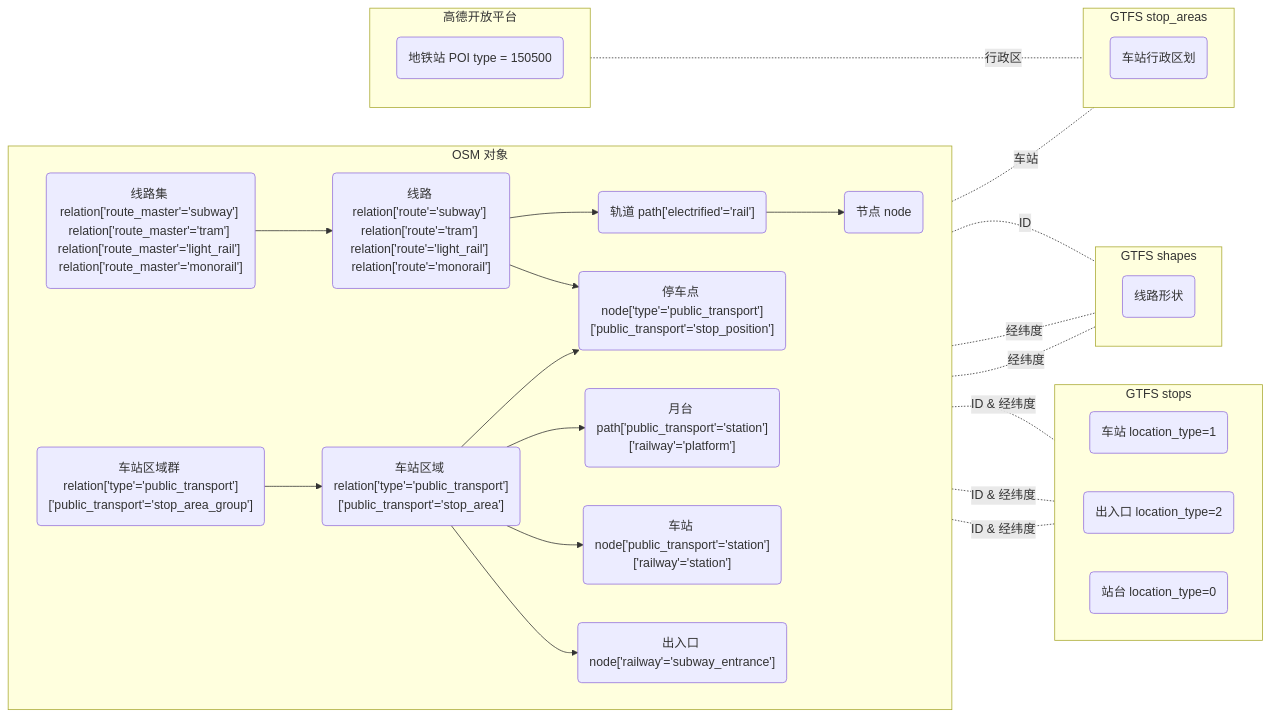
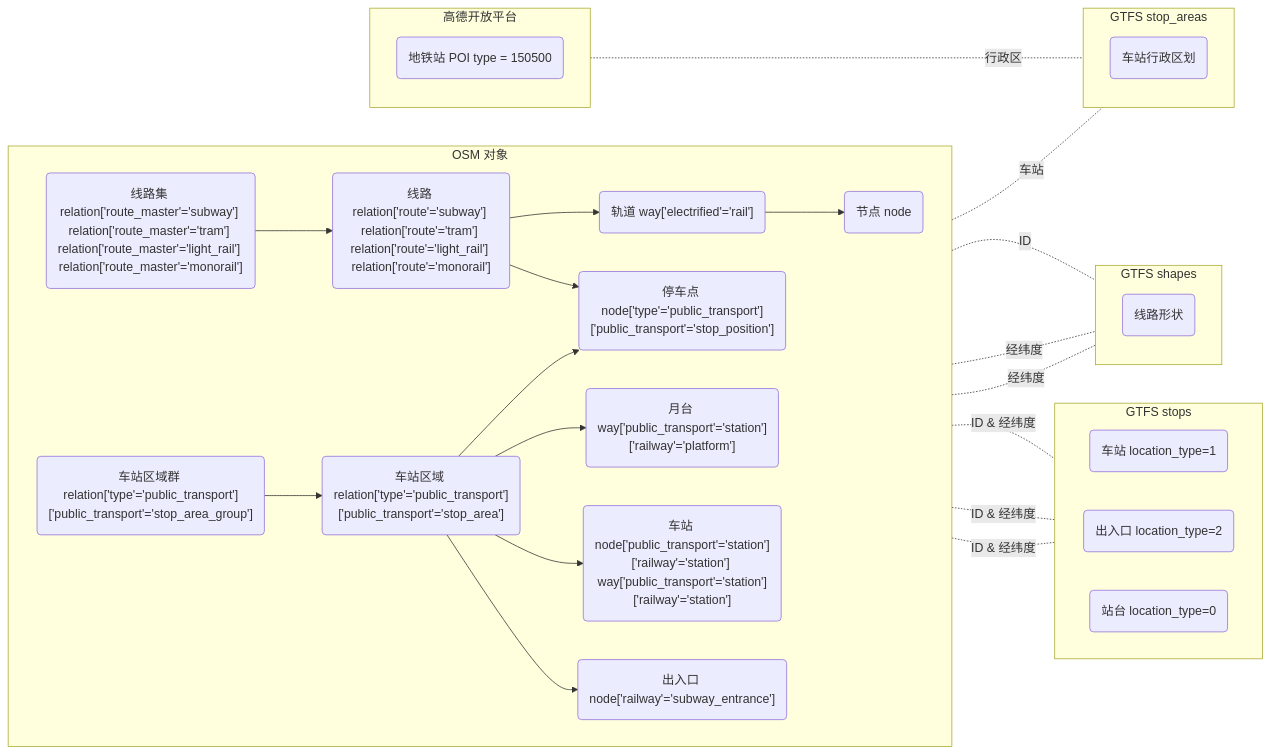
The diagram in README.md (BoyInTheSun/beijing-subway-gtfs), drawn with Mermaid before and after one commit. The commit also changed other lines of this file and 2 other files, not shown here.

````diff
--- a/README.md
+++ b/README.md
@@ -30,51 +30,51 @@
 ```mermaid
 flowchart LR
     subgraph osm [OSM 对象]
         direction LR
         o1_1("线路集 relation['route_master'='subway'] relation['route_master'='tram'] relation['route_master'='light_rail'] relation['route_master'='monorail']")
         o1_2("车站区域群 relation['type'='public_transport']['public_transport'='stop_area_group']")
         o2_1("线路 relation['route'='subway'] relation['route'='tram'] relation['route'='light_rail'] relation['route'='monorail']")
         o2_2("车站区域 relation['type'='public_transport']['public_transport'='stop_area']")
-        o3_1("轨道 path['electrified'='rail']")
+        o3_1("轨道 way['electrified'='rail']")
         o4_1("节点 node")
         o3_2("停车点 node['type'='public_transport']['public_transport'='stop_position']")
-        o3_3("月台 path['public_transport'='station']['railway'='platform']")
-        o3_4("车站 node['public_transport'='station']['railway'='station']")
+        o3_3("月台 way['public_transport'='station']['railway'='platform']")
+        o3_4("车站 node['public_transport'='station']['railway'='station'] way['public_transport'='station']['railway'='station']")
         o3_5("出入口 node['railway'='subway_entrance']")
     end
     subgraph gtfs1 [GTFS stops]
         direction LR
         g1_2("车站 location_type=1")
         g1_3("出入口 location_type=2")
         g1_1("站台 location_type=0")
     end
     subgraph gtfs2 [GTFS shapes]
         direction TB
         g2_1("线路形状")
     end
     subgraph gtfs3 [GTFS stop_areas]
         direction TB
         g3_1("车站行政区划")
     end
     subgraph amap [高德开放平台]
         direction TB
         a1("地铁站 POI type = 150500")
     end
     o1_1-->o2_1
     o1_2-->o2_2
     o2_1-->o3_1
     o2_1-->o3_2
     o2_2-->o3_2
     o2_2-->o3_3
     o2_2-->o3_4
     o2_2-->o3_5
     o3_1-->o4_1
     o3_2-."ID & 经纬度".-g1_1
     o3_4-."ID & 经纬度".-g1_2
     o3_5-."ID & 经纬度".-g1_3
     o2_1-."ID".-g2_1
     o4_1-."经纬度".-g2_1
     o3_2-."经纬度".-g2_1
     o3_4-.车站.-g3_1
     a1-.行政区.-g3_1
 ```
````
